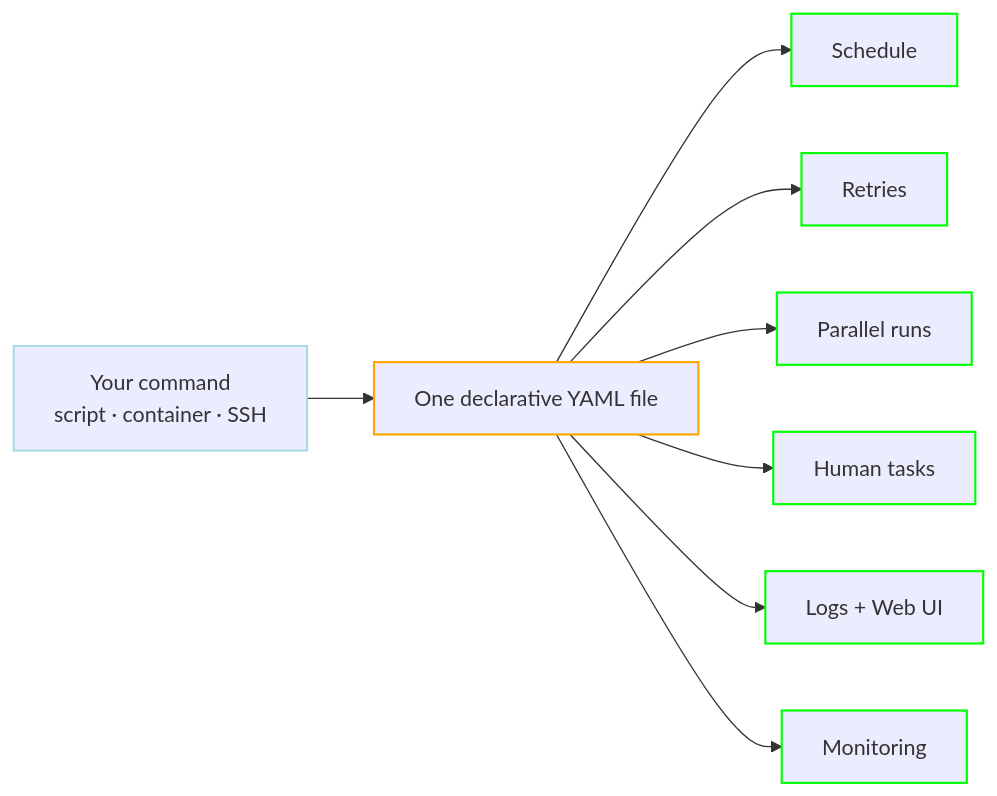
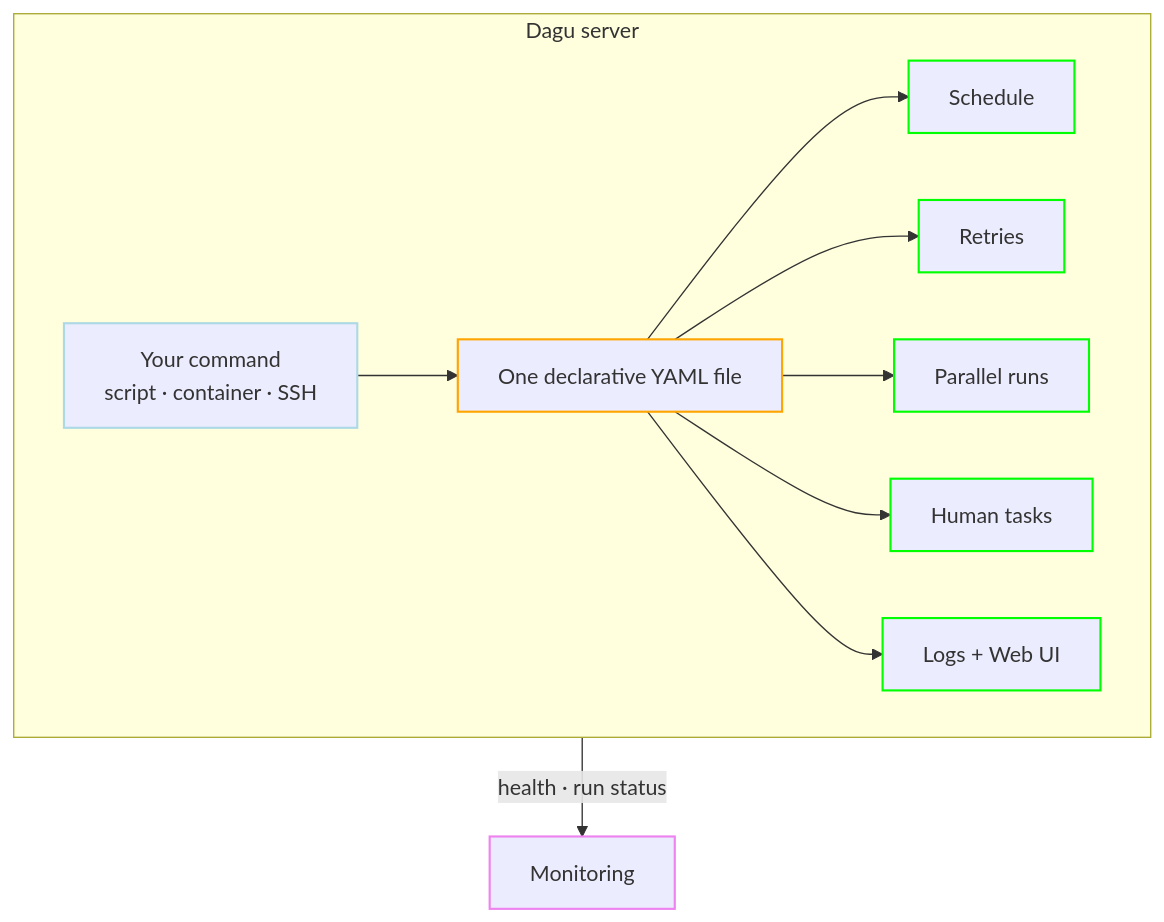
One commit to dagucloud/docs changed the first of 3 diagrams in [page].md. Above: the diagram before and after it, drawn with Mermaid. The commit also changed other lines of this file, not shown here.

Commit message:
Update graph

````diff
--- a/[page].md
+++ b/[page].md
@@ -23,19 +23,22 @@
 ```mermaid
-flowchart LR
-    C["Your command<br/>script · container · SSH"] --> W["One declarative YAML file"]
-    W --> S["Schedule"]
-    W --> R["Retries"]
-    W --> P["Parallel runs"]
-    W --> H["Human tasks"]
-    W --> L["Logs + Web UI"]
-    W --> M["Monitoring"]
+flowchart TB
+    subgraph D["Dagu server"]
+        direction LR
+        C["Your command<br/>script · container · SSH"] --> W["One declarative YAML file"]
+        W --> S["Schedule"]
+        W --> R["Retries"]
+        W --> P["Parallel runs"]
+        W --> H["Human tasks"]
+        W --> L["Logs + Web UI"]
+    end
+    D -->|"health · run status"| M["Monitoring"]
 
     style C stroke:lightblue,stroke-width:1.6px,color:#333
     style W stroke:orange,stroke-width:1.6px,color:#333
     style S stroke:lime,stroke-width:1.6px,color:#333
     style R stroke:lime,stroke-width:1.6px,color:#333
     style P stroke:lime,stroke-width:1.6px,color:#333
     style H stroke:lime,stroke-width:1.6px,color:#333
     style L stroke:lime,stroke-width:1.6px,color:#333
-    style M stroke:lime,stroke-width:1.6px,color:#333
+    style M stroke:violet,stroke-width:1.6px,color:#333
 ```
````
